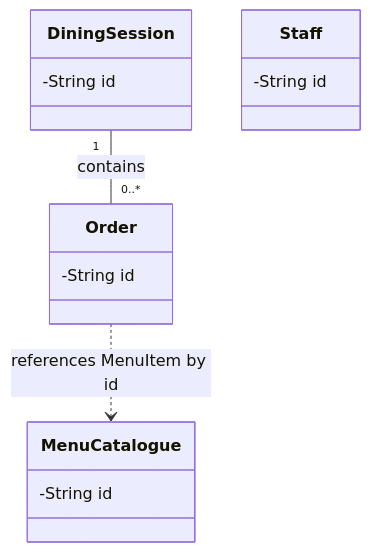
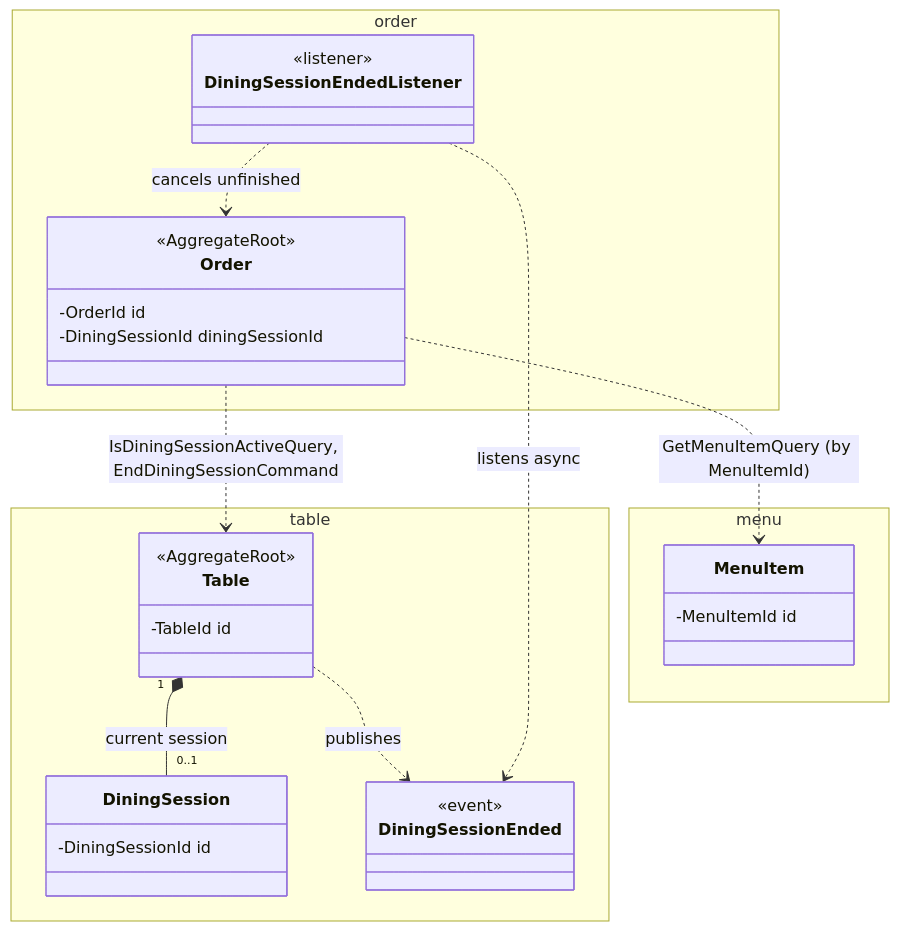
One commit to zawnaylin/gisma-advance-programming-assessment changed the diagram in docs/context-map.mmd. Above: the diagram before and after it, drawn with Mermaid. The commit also changed other lines of this file and 173 other files, not shown here.

```diff
--- a/docs/context-map.mmd
+++ b/docs/context-map.mmd
@@ -1,22 +1,46 @@
 classDiagram
     %% Module-level overview only - internal fields, enums, and
     %% intra-module relationships live in each module's own diagram
-    %% (table.mmd, order.mmd, menu.mmd, staff.mmd).
+    %% (table.mmd, order.mmd, menu.mmd).
+    %% There is no staff module: staff accounts, login and roles are out of scope.
+    %% Modules only talk through exposed named interfaces (vo, events, commands, queries),
+    %% verified by ModularityTests. order depends on table and menu; table depends on neither,
+    %% so table informs order through the DiningSessionEnded event instead of a call.
+    %% common (shared kernel): Domain base class, StateMachine, UiBroadcaster.
 
-    %% table module
-    class DiningSession
-    DiningSession: -String id
-    DiningSession "1" -- "0..*" Order: contains
+    namespace table {
+        class Table {
+            <<AggregateRoot>>
+            -TableId id
+        }
+        class DiningSession {
+            -DiningSessionId id
+        }
+        class DiningSessionEnded {
+            <<event>>
+        }
+    }
 
-    %% order module
-    class Order
-    Order: -String id
-    Order ..> MenuCatalogue: references MenuItem by id
+    namespace order {
+        class Order {
+            <<AggregateRoot>>
+            -OrderId id
+            -DiningSessionId diningSessionId
+        }
+        class DiningSessionEndedListener {
+            <<listener>>
+        }
+    }
 
-    %% menu module
-    class MenuCatalogue
-    MenuCatalogue: -String id
+    namespace menu {
+        class MenuItem {
+            -MenuItemId id
+        }
+    }
 
-    %% staff module (not yet implemented)
-    class Staff
-    Staff: -String id
+    Table "1" *-- "0..1" DiningSession: current session
+    Table ..> DiningSessionEnded: publishes
+    Order ..> Table: IsDiningSessionActiveQuery, EndDiningSessionCommand
+    Order ..> MenuItem: GetMenuItemQuery (by MenuItemId)
+    DiningSessionEndedListener ..> DiningSessionEnded: listens async
+    DiningSessionEndedListener ..> Order: cancels unfinished
```
